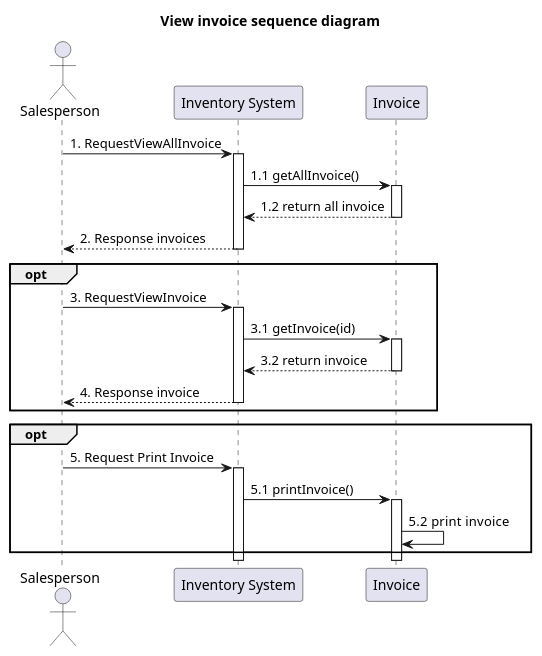
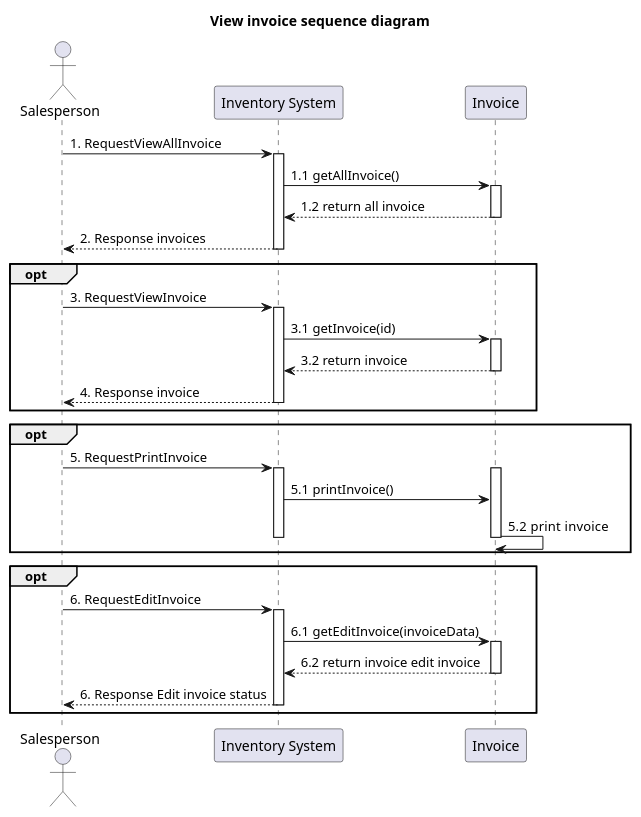
Before and after one commit to billowdev/inventory-system-plantuml-sequelize-seeder-example: the diagram in system-analysis/sequence/_5_1_sequence-view-invoice.puml, drawn with PlantUML. The commit also changed 6 other files, not shown here.

Commit message:
update view invoice

```diff
--- a/system-analysis/sequence/_5_1_sequence-view-invoice.puml
+++ b/system-analysis/sequence/_5_1_sequence-view-invoice.puml
@@ -1,59 +1,68 @@
 @startuml
 'example
 title View invoice sequence diagram
 
 actor Salesperson as actorSalesperson
 participant "Inventory System" as InventorySystem
 'participant "Inventory" as classInventory
 participant "Invoice" as classInvoice
 
 actorSalesperson -> InventorySystem: 1. RequestViewAllInvoice
 activate InventorySystem
 
 '-------------- START view product ---------------
 InventorySystem -> classInvoice: 1.1 getAllInvoice()
 activate classInvoice
 
 classInvoice --> InventorySystem: 1.2 return all invoice
 deactivate classInvoice
 
 InventorySystem --> actorSalesperson : 2. Response invoices
 
 deactivate InventorySystem
 
 
 opt
 actorSalesperson -> InventorySystem: 3. RequestViewInvoice
 activate InventorySystem
 
 InventorySystem -> classInvoice: 3.1 getInvoice(id)
 activate classInvoice
 
 classInvoice --> InventorySystem: 3.2 return invoice
 deactivate classInvoice
 
-
-'-------------- END view product ---------------
-
 InventorySystem --> actorSalesperson : 4. Response invoice
-
 deactivate InventorySystem
 end
 
 
 opt
-actorSalesperson -> InventorySystem : 5. Request Print Invoice
-
+actorSalesperson -> InventorySystem : 5. RequestPrintInvoice
 activate InventorySystem
 
+activate classInvoice
 InventorySystem -> classInvoice : 5.1 printInvoice()
-activate classInvoice
 
 classInvoice -> classInvoice : 5.2  print invoice
+deactivate classInvoice
+deactivate InventorySystem
 
 end
 
+opt
+actorSalesperson -> InventorySystem: 6. RequestEditInvoice
+activate InventorySystem
 
+InventorySystem -> classInvoice: 6.1 getEditInvoice(invoiceData)
+activate classInvoice
+
+classInvoice --> InventorySystem: 6.2 return invoice edit invoice
+deactivate classInvoice
+
+InventorySystem --> actorSalesperson : 6. Response Edit invoice status
+deactivate InventorySystem
+end
 
 
 @enduml
```
